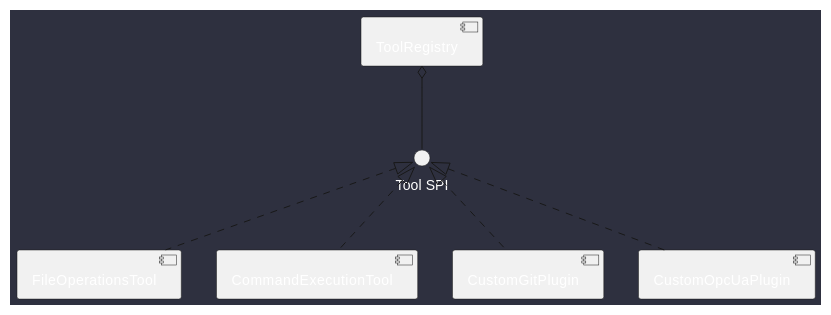
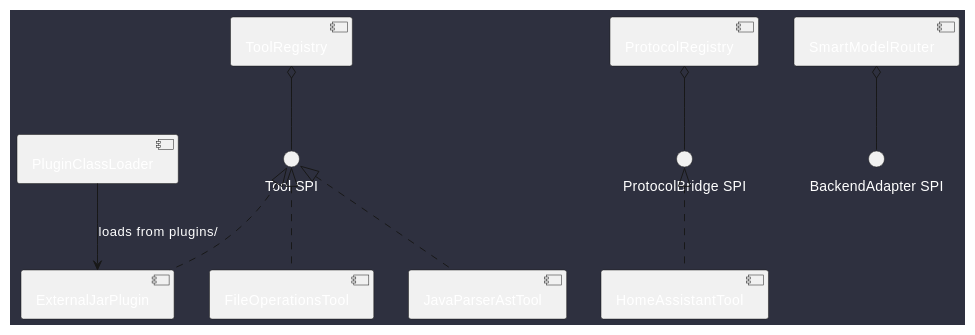
The diagram in doc/docs/plugins/plugins_index.md (mlecabellec/omniwrench), drawn with PlantUML before and after one commit. The commit also changed other lines of this file and 12 other files, not shown here.

````diff
--- a/doc/docs/plugins/plugins_index.md
+++ b/doc/docs/plugins/plugins_index.md
@@ -5,19 +5,25 @@
 ```plantuml
 @startuml
 skinparam backgroundColor #2e303f
 skinparam defaultFontColor #ffffff
 
 interface "Tool SPI" as SPI
+interface "ProtocolBridge SPI" as PROTO_SPI
+interface "BackendAdapter SPI" as AI_SPI
+
 component "FileOperationsTool" as F
-component "CommandExecutionTool" as C
-component "CustomGitPlugin" as G
-component "CustomOpcUaPlugin" as O
+component "JavaParserAstTool" as AST
+component "HomeAssistantTool" as HA
+component "ExternalJarPlugin" as EXT_JAR
 
 SPI <|.. F
-SPI <|.. C
-SPI <|.. G
-SPI <|.. O
+SPI <|.. AST
+SPI <|.. EXT_JAR
+PROTO_SPI <|.. HA
 
 [ToolRegistry] o-- SPI
+[ProtocolRegistry] o-- PROTO_SPI
+[SmartModelRouter] o-- AI_SPI
+[PluginClassLoader] --> EXT_JAR : loads from plugins/
 @enduml
 ```
````
